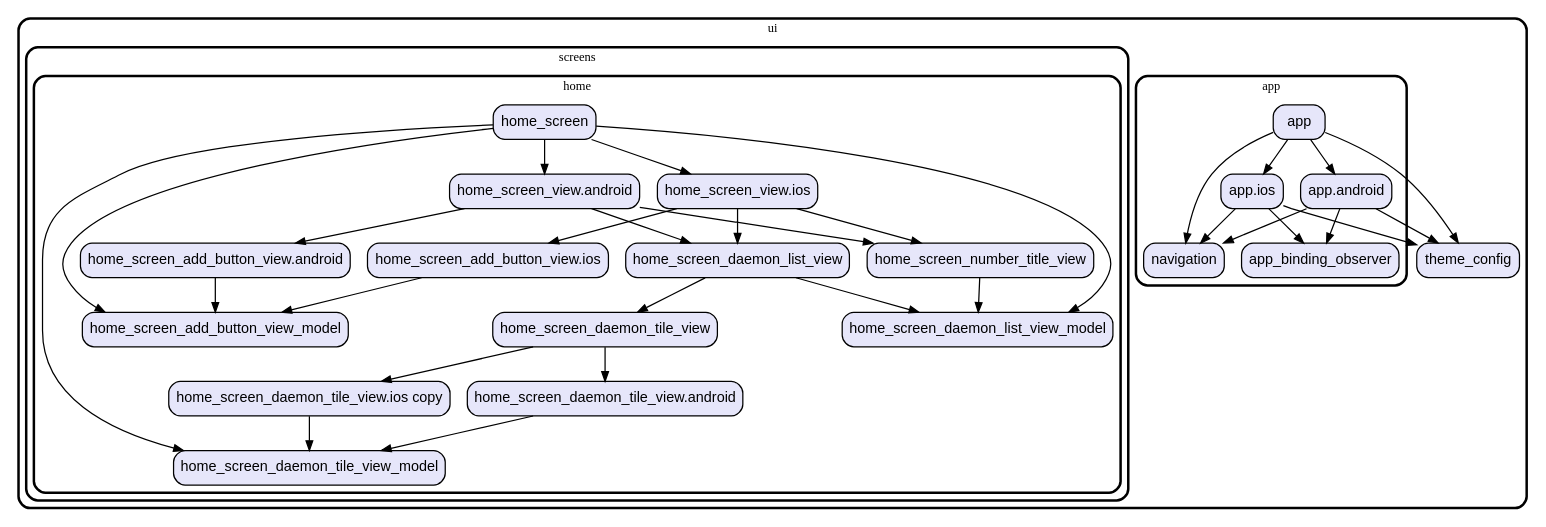
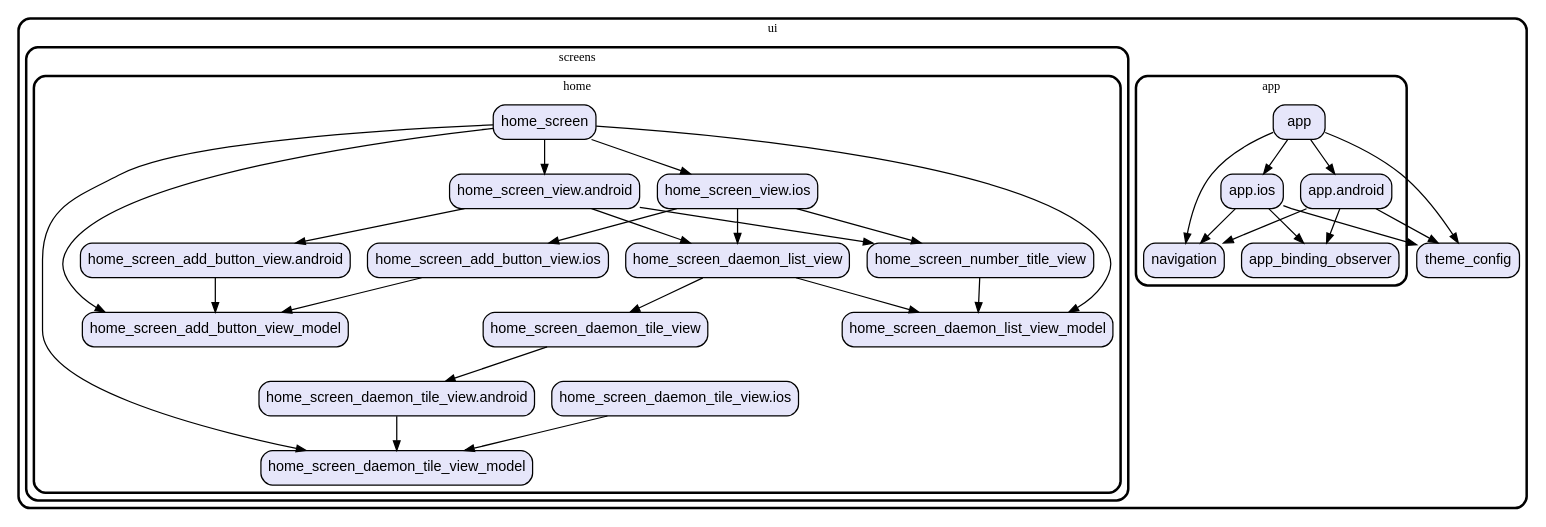
Before and after one commit to gev/reacthome-mobile: the diagram in graph/lib/ui.dot, drawn with Graphviz. The commit also changed 5 other files, not shown here.

```diff
--- a/graph/lib/ui.dot
+++ b/graph/lib/ui.dot
@@ -1,85 +1,84 @@
 digraph "" {
   graph [style=rounded fontname="Arial Black" fontsize=13 penwidth=2.6];
   node [shape=rect style="filled,rounded" fontname=Arial fontsize=15 fillcolor=Lavender penwidth=1.3];
   edge [penwidth=1.3];
   "/app/app.android.dart" [label="app.android"];
   "/app/app_binding_observer.dart" [label="app_binding_observer"];
   "/app/app.ios.dart" [label="app.ios"];
   "/app/navigation.dart" [label="navigation"];
   "/app/app.dart" [label="app"];
-  "/screens/home/home_screen_daemon_tile_view.ios copy.dart" [label="home_screen_daemon_tile_view.ios copy"];
+  "/screens/home/home_screen_daemon_tile_view.ios.dart" [label="home_screen_daemon_tile_view.ios"];
   "/screens/home/home_screen_number_title_view.dart" [label="home_screen_number_title_view"];
   "/screens/home/home_screen_add_button_view_model.dart" [label="home_screen_add_button_view_model"];
   "/screens/home/home_screen_add_button_view.android.dart" [label="home_screen_add_button_view.android"];
   "/screens/home/home_screen_view.android.dart" [label="home_screen_view.android"];
   "/screens/home/home_screen_view.ios.dart" [label="home_screen_view.ios"];
   "/screens/home/home_screen_daemon_tile_view_model.dart" [label="home_screen_daemon_tile_view_model"];
   "/screens/home/home_screen_daemon_list_view_model.dart" [label="home_screen_daemon_list_view_model"];
   "/screens/home/home_screen_daemon_tile_view.android.dart" [label="home_screen_daemon_tile_view.android"];
   "/screens/home/home_screen_daemon_list_view.dart" [label="home_screen_daemon_list_view"];
   "/screens/home/home_screen.dart" [label="home_screen"];
   "/screens/home/home_screen_add_button_view.ios.dart" [label="home_screen_add_button_view.ios"];
   "/screens/home/home_screen_daemon_tile_view.dart" [label="home_screen_daemon_tile_view"];
   "/theme_config.dart" [label="theme_config"];
   subgraph "cluster~" {
     label="ui";
     "/theme_config.dart";
     subgraph "cluster~/app" {
       label="app";
       "/app/app.android.dart";
       "/app/app_binding_observer.dart";
       "/app/app.ios.dart";
       "/app/navigation.dart";
       "/app/app.dart";
     }
     subgraph "cluster~/screens" {
       label="screens";
       subgraph "cluster~/screens/home" {
         label="home";
-        "/screens/home/home_screen_daemon_tile_view.ios copy.dart";
+        "/screens/home/home_screen_daemon_tile_view.ios.dart";
         "/screens/home/home_screen_number_title_view.dart";
         "/screens/home/home_screen_add_button_view_model.dart";
         "/screens/home/home_screen_add_button_view.android.dart";
         "/screens/home/home_screen_view.android.dart";
         "/screens/home/home_screen_view.ios.dart";
         "/screens/home/home_screen_daemon_tile_view_model.dart";
         "/screens/home/home_screen_daemon_list_view_model.dart";
         "/screens/home/home_screen_daemon_tile_view.android.dart";
         "/screens/home/home_screen_daemon_list_view.dart";
         "/screens/home/home_screen.dart";
         "/screens/home/home_screen_add_button_view.ios.dart";
         "/screens/home/home_screen_daemon_tile_view.dart";
       }
     }
   }
   "/app/app.android.dart" -> "/app/app_binding_observer.dart";
   "/app/app.android.dart" -> "/app/navigation.dart";
   "/app/app.android.dart" -> "/theme_config.dart";
   "/app/app.ios.dart" -> "/app/app_binding_observer.dart";
   "/app/app.ios.dart" -> "/app/navigation.dart";
   "/app/app.ios.dart" -> "/theme_config.dart";
   "/app/app.dart" -> "/app/app.android.dart";
   "/app/app.dart" -> "/app/app.ios.dart";
   "/app/app.dart" -> "/app/navigation.dart";
   "/app/app.dart" -> "/theme_config.dart";
-  "/screens/home/home_screen_daemon_tile_view.ios copy.dart" -> "/screens/home/home_screen_daemon_tile_view_model.dart";
+  "/screens/home/home_screen_daemon_tile_view.ios.dart" -> "/screens/home/home_screen_daemon_tile_view_model.dart";
   "/screens/home/home_screen_number_title_view.dart" -> "/screens/home/home_screen_daemon_list_view_model.dart";
   "/screens/home/home_screen_add_button_view.android.dart" -> "/screens/home/home_screen_add_button_view_model.dart";
   "/screens/home/home_screen_view.android.dart" -> "/screens/home/home_screen_add_button_view.android.dart";
   "/screens/home/home_screen_view.android.dart" -> "/screens/home/home_screen_daemon_list_view.dart";
   "/screens/home/home_screen_view.android.dart" -> "/screens/home/home_screen_number_title_view.dart";
   "/screens/home/home_screen_view.ios.dart" -> "/screens/home/home_screen_add_button_view.ios.dart";
   "/screens/home/home_screen_view.ios.dart" -> "/screens/home/home_screen_daemon_list_view.dart";
   "/screens/home/home_screen_view.ios.dart" -> "/screens/home/home_screen_number_title_view.dart";
   "/screens/home/home_screen_daemon_tile_view.android.dart" -> "/screens/home/home_screen_daemon_tile_view_model.dart";
   "/screens/home/home_screen_daemon_list_view.dart" -> "/screens/home/home_screen_daemon_list_view_model.dart";
   "/screens/home/home_screen_daemon_list_view.dart" -> "/screens/home/home_screen_daemon_tile_view.dart";
   "/screens/home/home_screen.dart" -> "/screens/home/home_screen_add_button_view_model.dart";
   "/screens/home/home_screen.dart" -> "/screens/home/home_screen_daemon_list_view_model.dart";
   "/screens/home/home_screen.dart" -> "/screens/home/home_screen_daemon_tile_view_model.dart";
   "/screens/home/home_screen.dart" -> "/screens/home/home_screen_view.android.dart";
   "/screens/home/home_screen.dart" -> "/screens/home/home_screen_view.ios.dart";
   "/screens/home/home_screen_add_button_view.ios.dart" -> "/screens/home/home_screen_add_button_view_model.dart";
   "/screens/home/home_screen_daemon_tile_view.dart" -> "/screens/home/home_screen_daemon_tile_view.android.dart";
-  "/screens/home/home_screen_daemon_tile_view.dart" -> "/screens/home/home_screen_daemon_tile_view.ios copy.dart";
 }
```
